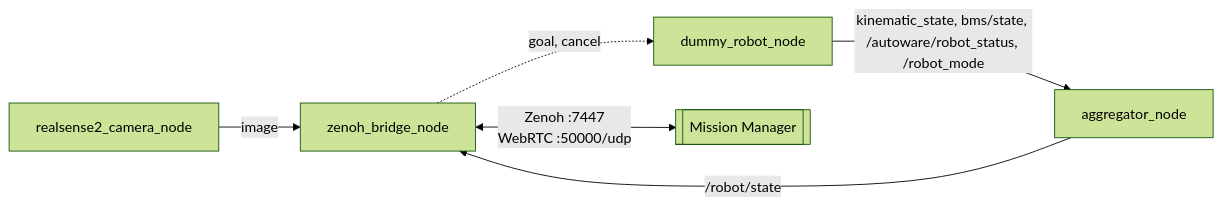
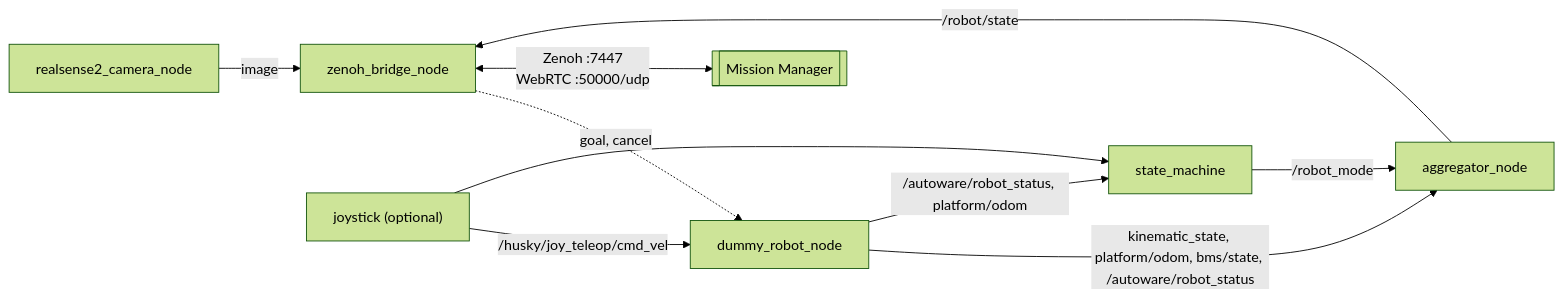
The first of 2 diagrams in experiments/dummy_robot/README.md (patrol-knight/husky), drawn with Mermaid (forest theme) before and after one commit. The commit also changed other lines of this file and 7 other files, not shown here.

First line of the commit message:
feat(dummy_robot): joystick takeover like the vehicle interface; run state_machine; nsh map

````diff
--- a/experiments/dummy_robot/README.md
+++ b/experiments/dummy_robot/README.md
@@ -7,8 +7,12 @@
 ```mermaid
 flowchart LR
     Cam["realsense2_camera_node"] -- image --> Bridge
-    Dummy["dummy_robot_node"] -- "kinematic_state, bms/state, /autoware/robot_status, /robot_mode" --> Agg["aggregator_node"]
+    Joy["joystick (optional)"] -- "/husky/joy_teleop/cmd_vel" --> Dummy
+    Joy --> SM["state_machine"]
+    Dummy["dummy_robot_node"] -- "kinematic_state, platform/odom, bms/state, /autoware/robot_status" --> Agg["aggregator_node"]
+    Dummy -- "/autoware/robot_status, platform/odom" --> SM
+    SM -- "/robot_mode" --> Agg
     Agg -- "/robot/state" --> Bridge["zenoh_bridge_node"]
     Bridge -. "goal, cancel" .-> Dummy
     Bridge <-- "Zenoh :7447<br/>WebRTC :50000/udp" --> MM[["Mission Manager"]]
 ```
````
